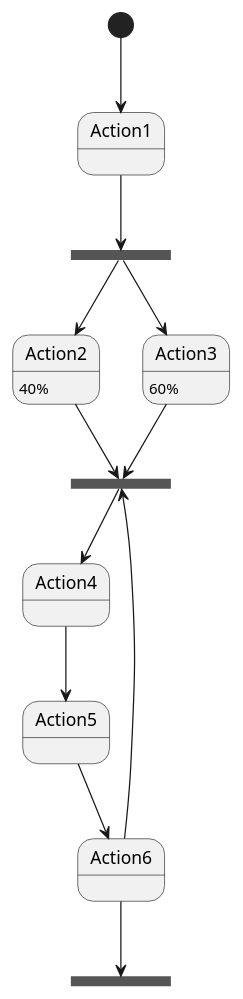
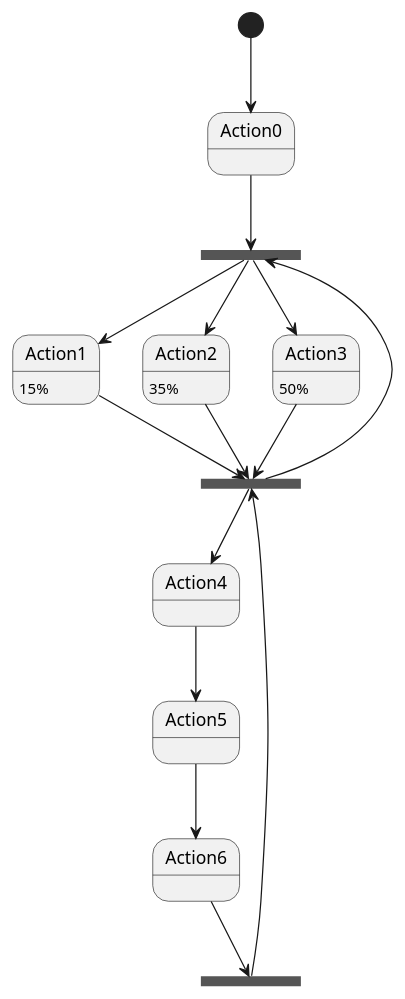
The diagram in doc/flow-diagram.adoc (wfouche/Tulip), drawn with PlantUML before and after one commit.

Commit message:
Updated flow diagram

```diff
--- a/doc/flow-diagram.adoc
+++ b/doc/flow-diagram.adoc
@@ -5,28 +5,32 @@
 [plantuml,diag00,svg]
 ----
 
 Edit online
 @startuml
 
 state fork_state <<fork>>
-[*] --> Action1
-Action1 --> fork_state
+[*] --> Action0
+Action0 --> fork_state
+fork_state --> Action1
 fork_state --> Action2
 fork_state --> Action3
 
 state join_state <<join>>
+Action1 --> join_state
+Action1: 15%
 Action2 --> join_state
-Action2: 40%
+Action2: 35%
 Action3 --> join_state
-Action3: 60%
+Action3: 50%
+join_state --> fork_state
 join_state --> Action4
 Action4 --> Action5
 Action5 --> Action6
-Action6 --> join_state
+
 state end_state <<join>>
 
 Action6 --> end_state
-
+end_state --> join_state
 
 @enduml
 ----
```
